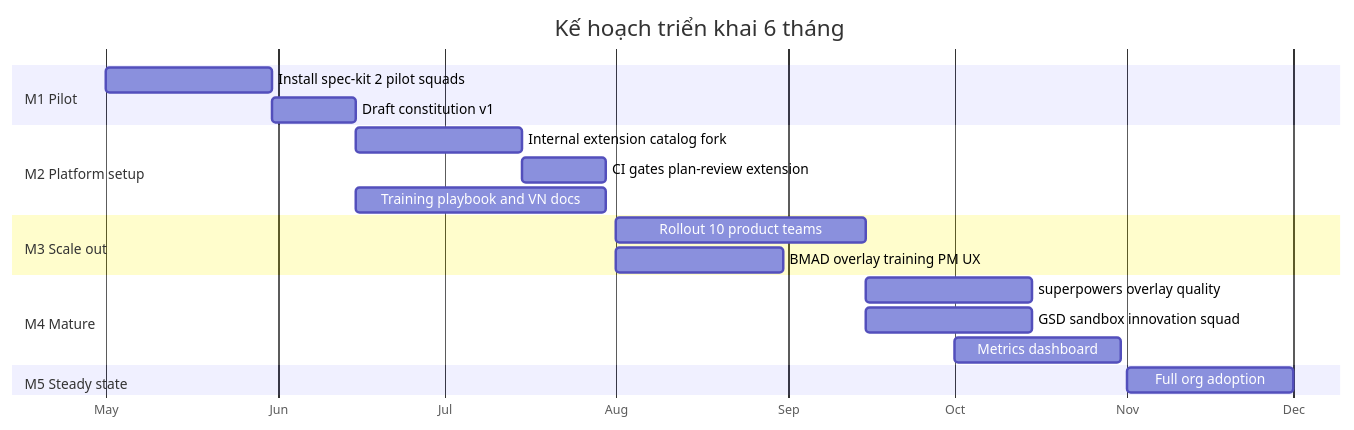
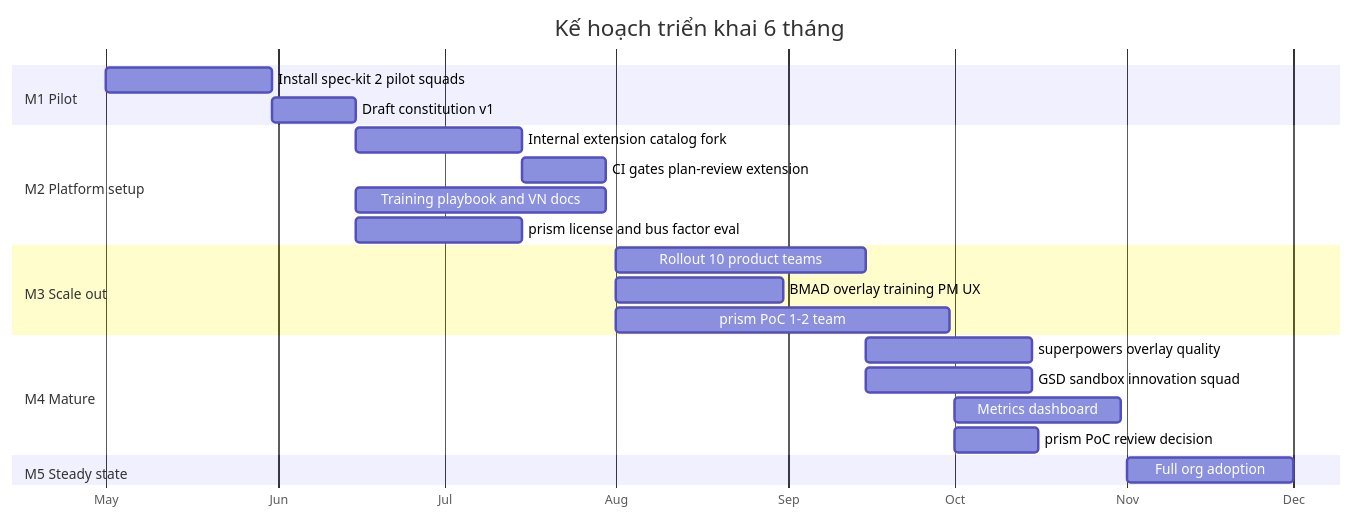
Before and after one commit to miendinh/vibecode-frame-compare: diagram 11 of 11 in README.md, drawn with Mermaid. The commit also changed other lines of this file, not shown here.

````diff
--- a/README.md
+++ b/README.md
@@ -756,22 +846,25 @@
 ```mermaid
 gantt
     title Kế hoạch triển khai 6 tháng
     dateFormat YYYY-MM-DD
     axisFormat %b
     section M1 Pilot
     Install spec-kit 2 pilot squads   :a1, 2026-05-01, 30d
     Draft constitution v1             :a2, after a1, 15d
     section M2 Platform setup
     Internal extension catalog fork   :b1, 2026-06-15, 30d
     CI gates plan-review extension    :b2, after b1, 15d
     Training playbook and VN docs     :b3, 2026-06-15, 45d
+    prism license and bus factor eval :b4, 2026-06-15, 30d
     section M3 Scale out
     Rollout 10 product teams          :c1, 2026-08-01, 45d
     BMAD overlay training PM UX       :c2, 2026-08-01, 30d
+    prism PoC 1-2 team                :c3, 2026-08-01, 60d
     section M4 Mature
     superpowers overlay quality       :d1, 2026-09-15, 30d
     GSD sandbox innovation squad      :d2, 2026-09-15, 30d
     Metrics dashboard                 :d3, 2026-10-01, 30d
+    prism PoC review decision         :d4, 2026-10-01, 15d
     section M5 Steady state
     Full org adoption                 :e1, 2026-11-01, 30d
 ```
````
